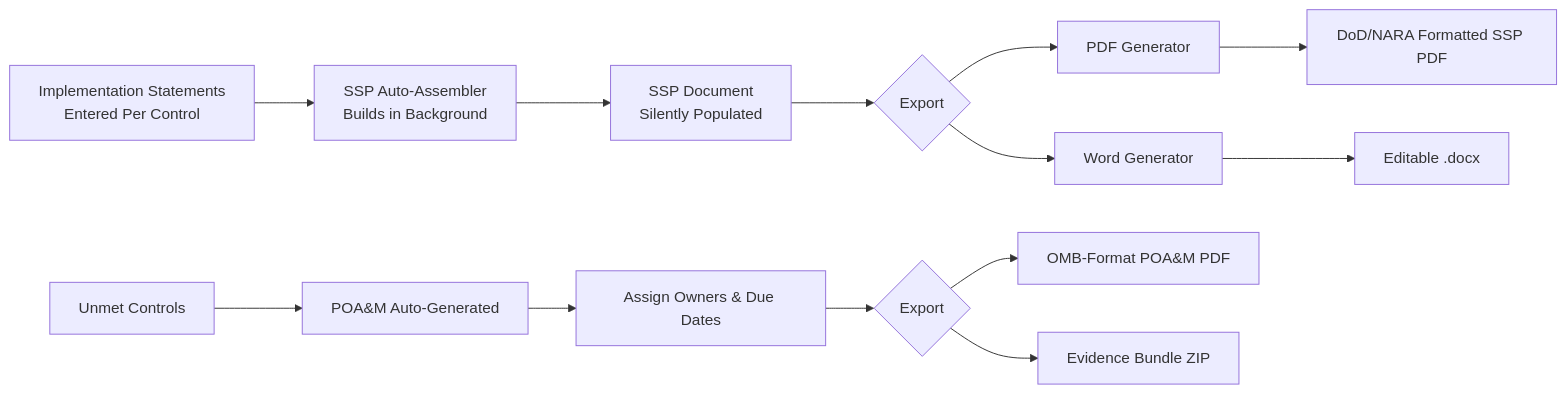
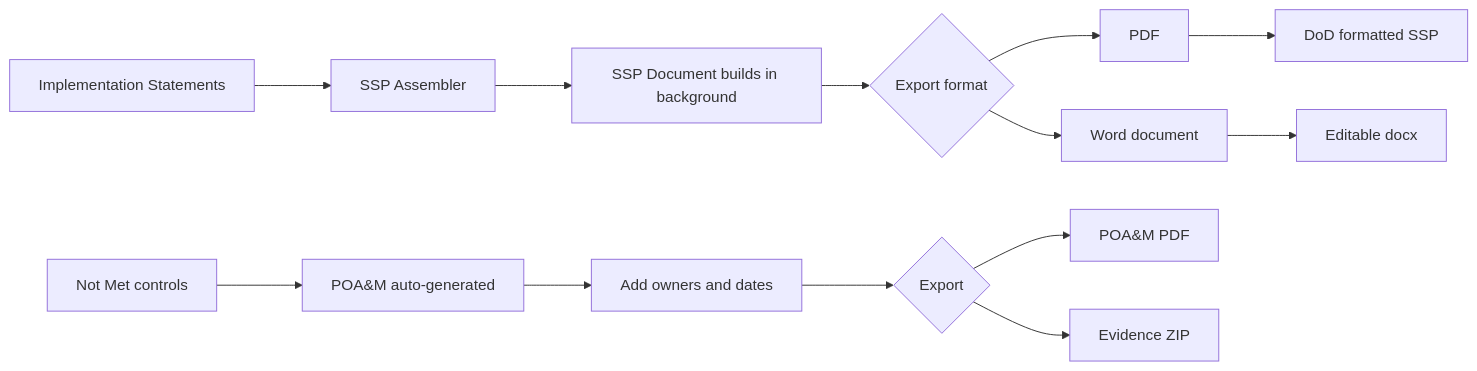
The sixth of 7 diagrams in README.md (saisravan909/cmmc-compass), drawn with Mermaid before and after one commit. The commit also changed other lines of this file, not shown here.

````diff
--- a/README.md
+++ b/README.md
@@ -284,15 +289,15 @@
 ```mermaid
 flowchart LR
-    A[Implementation Statements\nEntered Per Control] --> B[SSP Auto-Assembler\nBuilds in Background]
-    B --> C[SSP Document\nSilently Populated]
-    C --> D{Export}
-    D --> E[PDF Generator]
-    D --> F[Word Generator]
-    E --> G[DoD/NARA Formatted SSP PDF]
-    F --> H[Editable .docx]
-    I[Unmet Controls] --> J[POA&M Auto-Generated]
-    J --> K[Assign Owners & Due Dates]
+    A[Implementation Statements] --> B[SSP Assembler]
+    B --> C[SSP Document builds in background]
+    C --> D{Export format}
+    D --> E[PDF]
+    D --> F[Word document]
+    E --> G[DoD formatted SSP]
+    F --> H[Editable docx]
+    I[Not Met controls] --> J[POA&M auto-generated]
+    J --> K[Add owners and dates]
     K --> L{Export}
-    L --> M[OMB-Format POA&M PDF]
-    L --> N[Evidence Bundle ZIP]
+    L --> M[POA&M PDF]
+    L --> N[Evidence ZIP]
 ```
````
